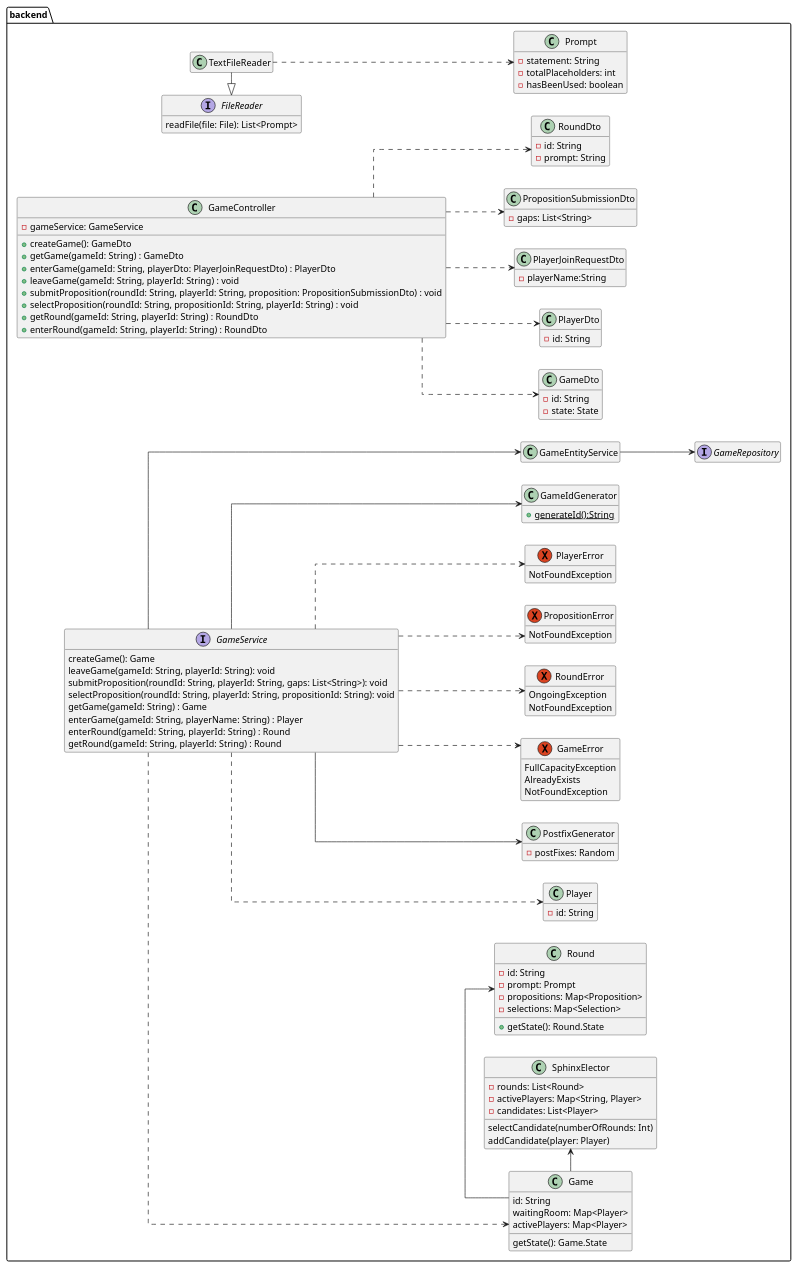
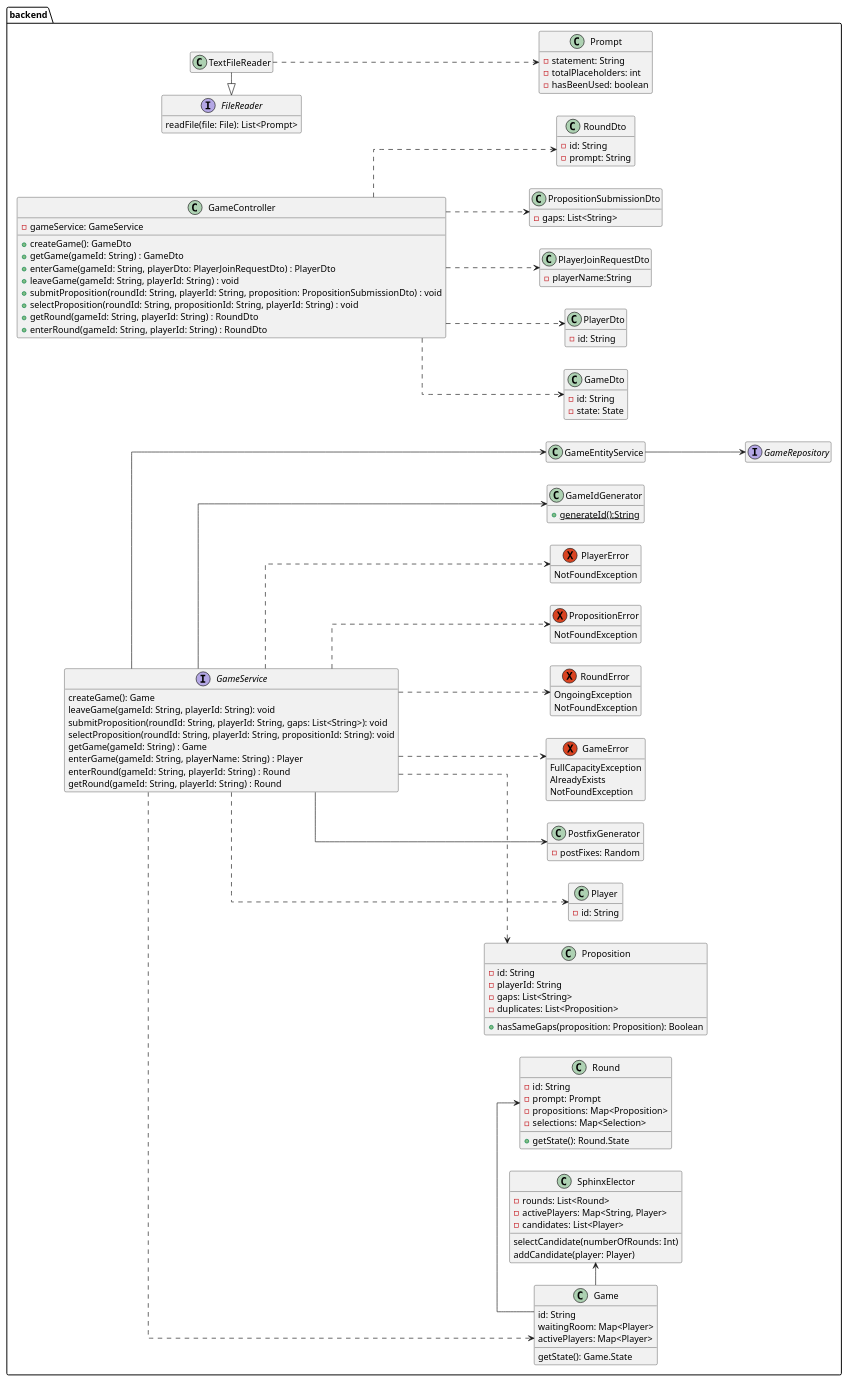
One commit to patrickwinti/worldwidewalter changed the diagram in docs/diagrams/class_diagramm.plantuml. Above: the diagram before and after it, drawn with PlantUML.

Commit message:
[WWW-70] Finishing Class Diagram

```diff
--- a/docs/diagrams/class_diagramm.plantuml
+++ b/docs/diagrams/class_diagramm.plantuml
@@ -1,125 +1,134 @@
 @startuml
 package backend{
     left to right direction
     skinparam linetype ortho
 
     hide empty members
     class GameController {
         -gameService: GameService
         +createGame(): GameDto
         +getGame(gameId: String) : GameDto
         +enterGame(gameId: String, playerDto: PlayerJoinRequestDto) : PlayerDto
         +leaveGame(gameId: String, playerId: String) : void
         +submitProposition(roundId: String, playerId: String, proposition: PropositionSubmissionDto) : void
         +selectProposition(roundId: String, propositionId: String, playerId: String) : void
         +getRound(gameId: String, playerId: String) : RoundDto
         +enterRound(gameId: String, playerId: String) : RoundDto
     }
     class GameDto {
         -id: String
         -state: State
     }
     class Game {
         id: String
         waitingRoom: Map<Player>
         activePlayers: Map<Player>
         getState(): Game.State
     }
     class Prompt{
         -statement: String
         -totalPlaceholders: int
         -hasBeenUsed: boolean
+    }
+
+    class Proposition{
+          -id: String
+          -playerId: String
+          -gaps: List<String>
+          -duplicates: List<Proposition>
+          +hasSameGaps(proposition: Proposition): Boolean
     }
 
     interface GameService{
        createGame(): Game
        leaveGame(gameId: String, playerId: String): void
        submitProposition(roundId: String, playerId: String, gaps: List<String>): void
        selectProposition(roundId: String, playerId: String, propositionId: String): void
        getGame(gameId: String) : Game
        enterGame(gameId: String, playerName: String) : Player
        enterRound(gameId: String, playerId: String) : Round
        getRound(gameId: String, playerId: String) : Round
     }
     interface GameRepository
     class PlayerDto {
         -id: String
     }
     class PlayerJoinRequestDto {
         -playerName:String
     }
     class PropositionSubmissionDto {
         -gaps: List<String>
     }
     class RoundDto {
         -id: String
         -prompt: String
     }
     class Player {
         -id: String
     }
     class Round {
         -id: String
         -prompt: Prompt
         -propositions: Map<Proposition>
         -selections: Map<Selection>
         +getState(): Round.State
     }
     class PostfixGenerator {
         -postFixes: Random
     }
     exception GameError {
         FullCapacityException
         AlreadyExists
         NotFoundException
     }
     exception RoundError {
         OngoingException
         NotFoundException
     }
     exception PropositionError {
         NotFoundException
     }
     exception PlayerError {
         NotFoundException
     }
 
     interface FileReader{
         readFile(file: File): List<Prompt>
     }
 
     class TextFileReader
     class SphinxElector {
         -rounds: List<Round>
         -activePlayers: Map<String, Player>
         -candidates: List<Player>
         selectCandidate(numberOfRounds: Int)
         addCandidate(player: Player)
     }
     class GameIdGenerator{
         +generateId():String{static}
     }
     GameController..>PlayerDto
     GameController..>PlayerJoinRequestDto
     GameController..>PropositionSubmissionDto
     GameController..>RoundDto
     GameController ..> GameDto
 
     GameService ..> Game
     GameService ..> Player
     GameService ..> GameError
     GameService ..> RoundError
     GameService ..> PlayerError
     GameService ..> PropositionError
     GameService --> GameEntityService
+    GameService ..> Proposition
     GameService --> PostfixGenerator
     GameService --> GameIdGenerator
 
     GameEntityService --> GameRepository
 
     TextFileReader ..> Prompt
     FileReader<|-TextFileReader
 
     Game -> Round
     Game -> SphinxElector
 @enduml
```
